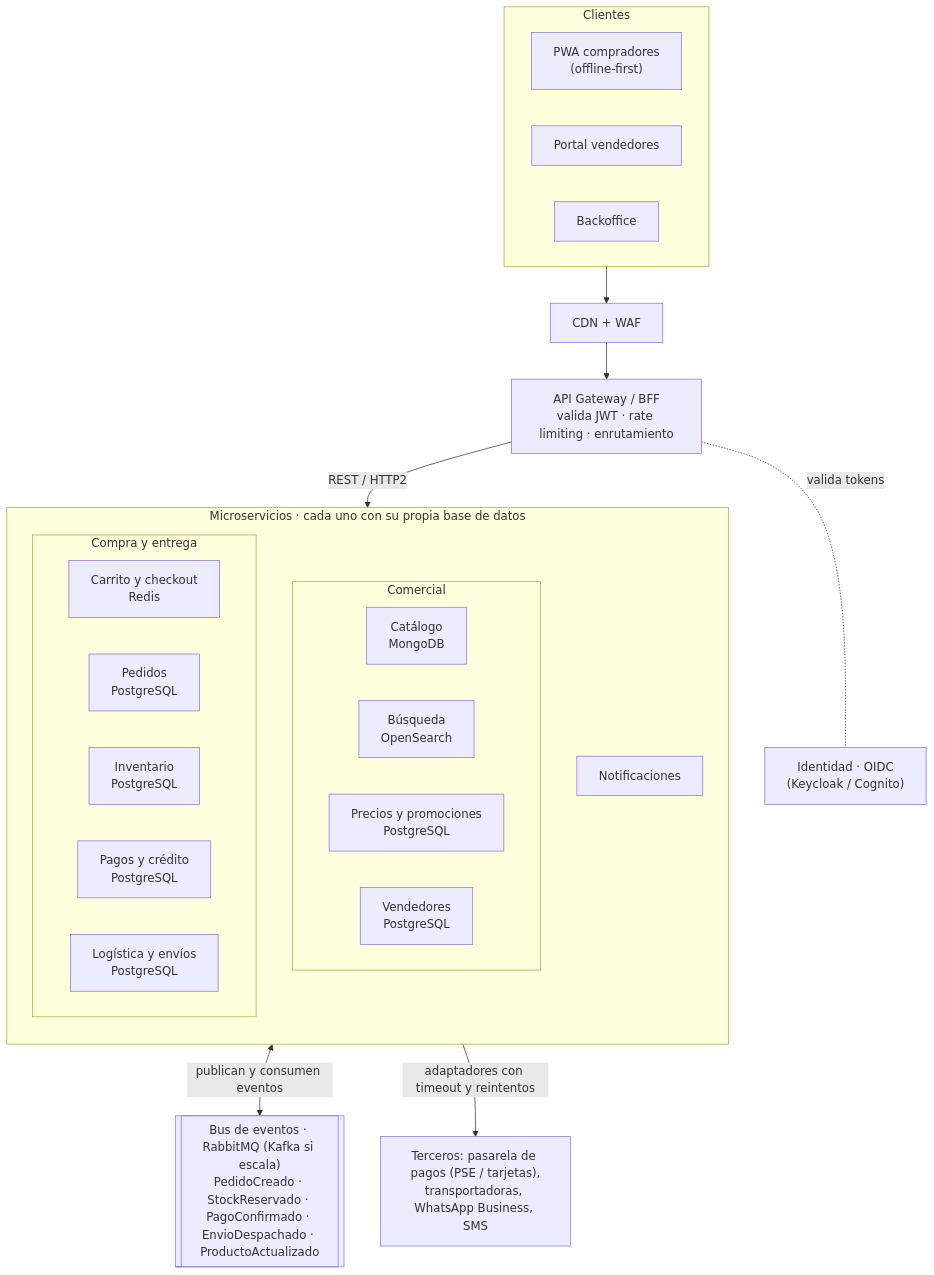
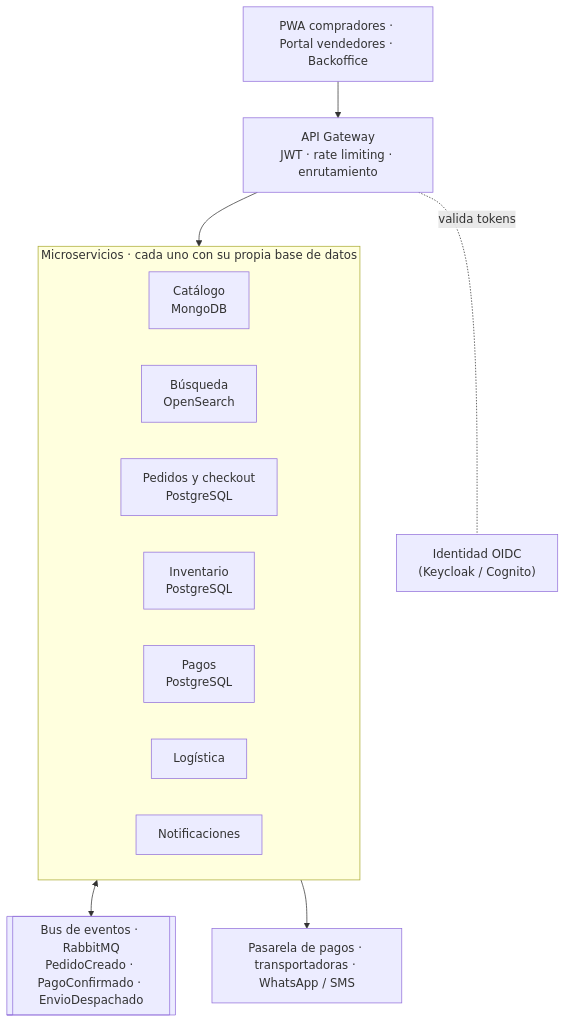
The diagram in docs/ejercicio-3-arquitectura.md (crhistian27/prueba-tecnica-croper), drawn with Mermaid before and after one commit. The commit also changed other lines of this file and 3 other files, not shown here.

````diff
--- a/docs/ejercicio-3-arquitectura.md
+++ b/docs/ejercicio-3-arquitectura.md
@@ -36,42 +21,26 @@
 ```mermaid
 flowchart TB
-    subgraph CL["Clientes"]
-        direction LR
-        PWA["PWA compradores<br/>(offline-first)"]
-        SELP["Portal vendedores"]
-        ADM["Backoffice"]
-    end
-
-    EDGE["CDN + WAF"]
-    GW["API Gateway / BFF<br/>valida JWT · rate limiting · enrutamiento"]
-    IDP["Identidad · OIDC<br/>(Keycloak / Cognito)"]
+    CL["PWA compradores · Portal vendedores · Backoffice"]
+    GW["API Gateway<br/>JWT · rate limiting · enrutamiento"]
+    IDP["Identidad OIDC<br/>(Keycloak / Cognito)"]
 
     subgraph SV["Microservicios · cada uno con su propia base de datos"]
-        direction TB
-        subgraph COM["Comercial"]
-            direction LR
-            CAT["Catálogo<br/>MongoDB"]
-            SRCH["Búsqueda<br/>OpenSearch"]
-            PRC["Precios y promociones<br/>PostgreSQL"]
-            SEL["Vendedores<br/>PostgreSQL"]
-        end
-        subgraph TRX["Compra y entrega"]
-            direction LR
-            CART["Carrito y checkout<br/>Redis"]
-            ORD["Pedidos<br/>PostgreSQL"]
-            INV["Inventario<br/>PostgreSQL"]
-            PAY["Pagos y crédito<br/>PostgreSQL"]
-            LOG["Logística y envíos<br/>PostgreSQL"]
-        end
+        direction LR
+        CAT["Catálogo<br/>MongoDB"]
+        SRCH["Búsqueda<br/>OpenSearch"]
+        ORD["Pedidos y checkout<br/>PostgreSQL"]
+        INV["Inventario<br/>PostgreSQL"]
+        PAY["Pagos<br/>PostgreSQL"]
+        LOG["Logística"]
         NOT["Notificaciones"]
     end
 
-    BUS[["Bus de eventos · RabbitMQ (Kafka si escala)<br/>PedidoCreado · StockReservado · PagoConfirmado · EnvioDespachado · ProductoActualizado"]]
-    EXT["Terceros: pasarela de pagos (PSE / tarjetas),<br/>transportadoras, WhatsApp Business, SMS"]
+    BUS[["Bus de eventos · RabbitMQ<br/>PedidoCreado · PagoConfirmado · EnvioDespachado"]]
+    EXT["Pasarela de pagos · transportadoras · WhatsApp / SMS"]
 
-    CL --> EDGE --> GW
+    CL --> GW
     GW -.-|valida tokens| IDP
-    GW -->|REST / HTTP2| SV
-    SV <-->|publican y consumen eventos| BUS
-    SV -->|adaptadores con timeout y reintentos| EXT
+    GW --> SV
+    SV <--> BUS
+    SV --> EXT
 ```
````
